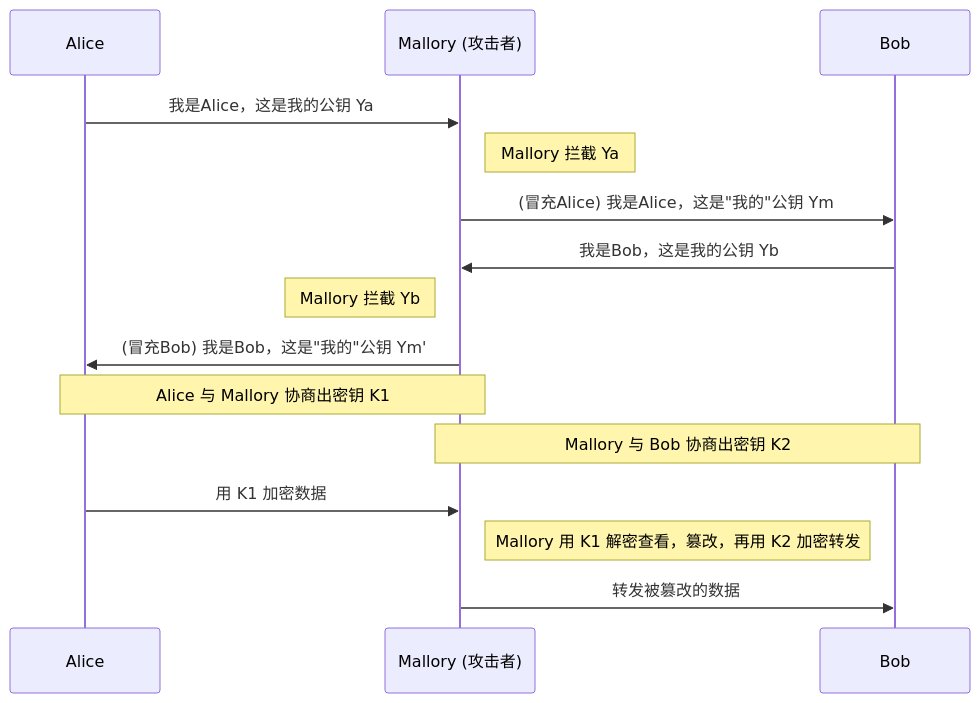
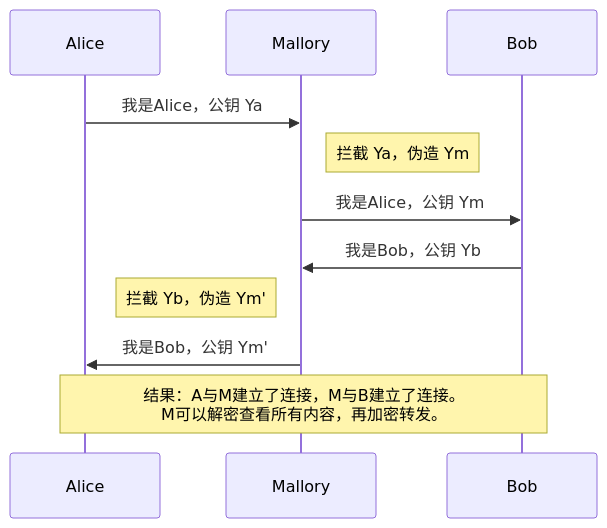
The first of 2 diagrams in 密码学总结笔记.md (Slight-Cloud/Cryptography_Notes), drawn with Mermaid before and after one commit. The commit also changed other lines of this file and 4 other files, not shown here.

````diff
--- a/密码学总结笔记.md
+++ b/密码学总结笔记.md
@@ -385,21 +237,13 @@
 ```mermaid
 sequenceDiagram
     participant A as Alice
-    participant M as Mallory (攻击者)
+    participant M as Mallory
     participant B as Bob
-
-    A->>M: 我是Alice，这是我的公钥 Ya
-    Note right of M: Mallory 拦截 Ya
-    M->>B: (冒充Alice) 我是Alice，这是"我的"公钥 Ym
-  
-    B->>M: 我是Bob，这是我的公钥 Yb
-    Note left of M: Mallory 拦截 Yb
-    M->>A: (冒充Bob) 我是Bob，这是"我的"公钥 Ym'
-  
-    Note over A,M: Alice 与 Mallory 协商出密钥 K1
-    Note over M,B: Mallory 与 Bob 协商出密钥 K2
-  
-    A->>M: 用 K1 加密数据
-    Note right of M: Mallory 用 K1 解密查看，篡改，再用 K2 加密转发
-    M->>B: 转发被篡改的数据
+    A->>M: 我是Alice，公钥 Ya
+    Note right of M: 拦截 Ya，伪造 Ym
+    M->>B: 我是Alice，公钥 Ym
+    B->>M: 我是Bob，公钥 Yb
+    Note left of M: 拦截 Yb，伪造 Ym'
+    M->>A: 我是Bob，公钥 Ym'
+    Note over A,B: 结果：A与M建立了连接，M与B建立了连接。<br>M可以解密查看所有内容，再加密转发。
 ```
````
